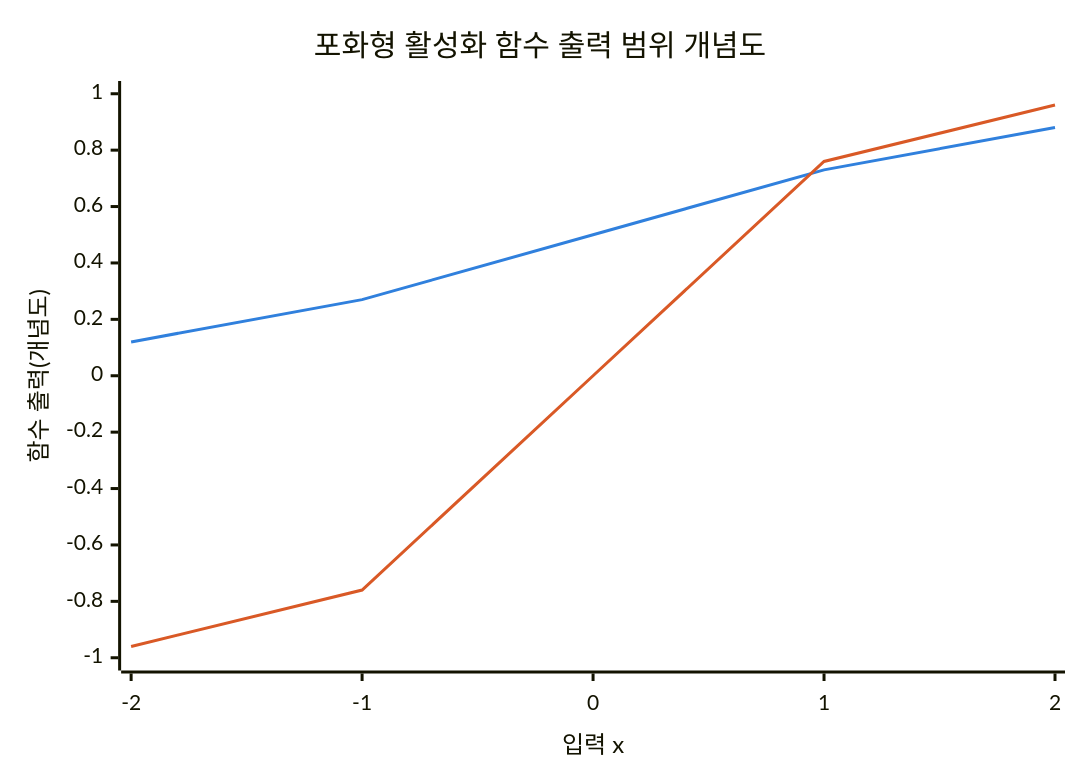
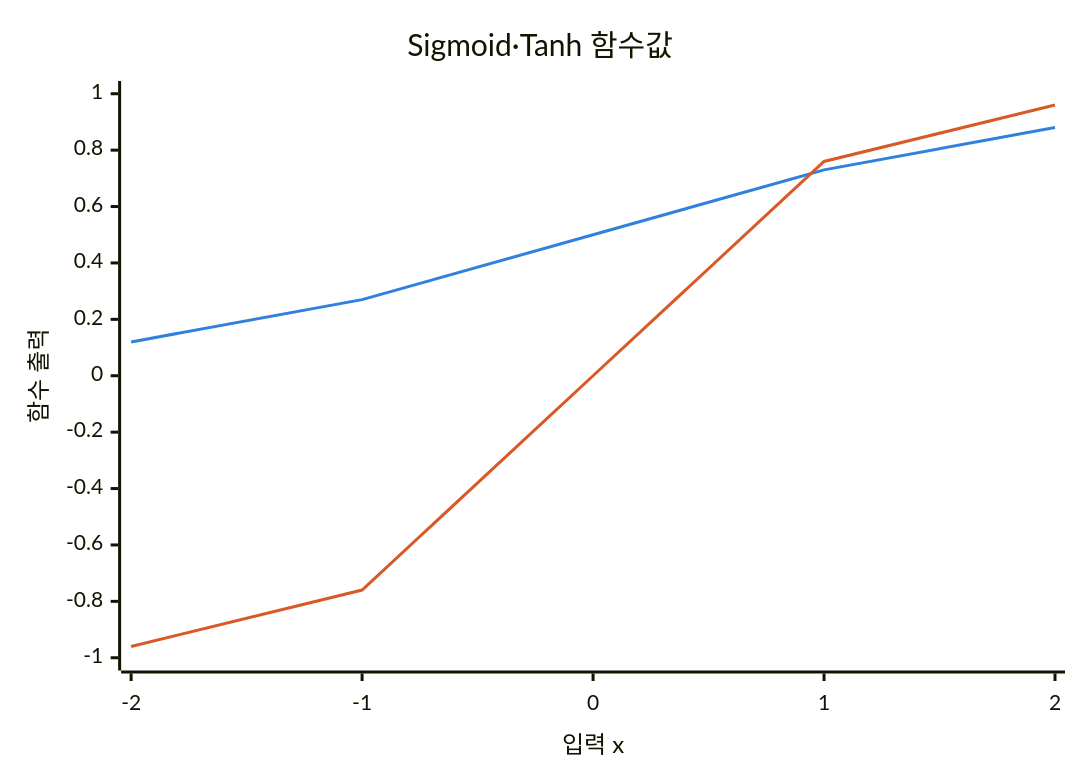
One commit to agnusdei1207/knowledge-base changed the first of 4 diagrams in src/content/docs/notes/01-basic-theory/040_activation_functions.md. Above: the diagram before and after it, drawn with Mermaid. The commit also changed other lines of this file and 20 other files, not shown here.

````diff
--- a/src/content/docs/notes/01-basic-theory/040_activation_functions.md
+++ b/src/content/docs/notes/01-basic-theory/040_activation_functions.md
@@ -59,9 +61,9 @@
 ```mermaid
 %%{init: {"themeVariables": {"xyChart": {"plotColorPalette": "#3080dd, #d95926"}}} }%%
 xychart-beta
-    title "포화형 활성화 함수 출력 범위 개념도"
+    title "Sigmoid·Tanh 함수값"
     x-axis "입력 x" [-2, -1, 0, 1, 2]
-    y-axis "함수 출력(개념도)" -1 --> 1
+    y-axis "함수 출력" -1 --> 1
     line [0.12, 0.27, 0.5, 0.73, 0.88]
     line [-0.96, -0.76, 0, 0.76, 0.96]
 ```
````
